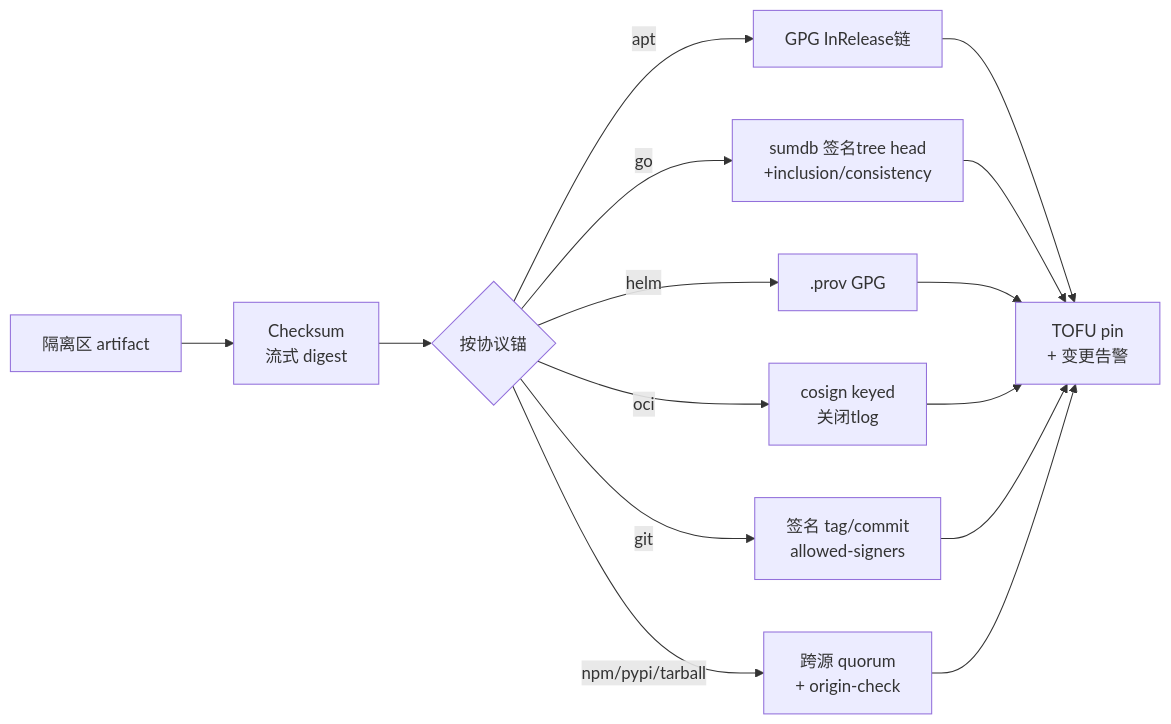
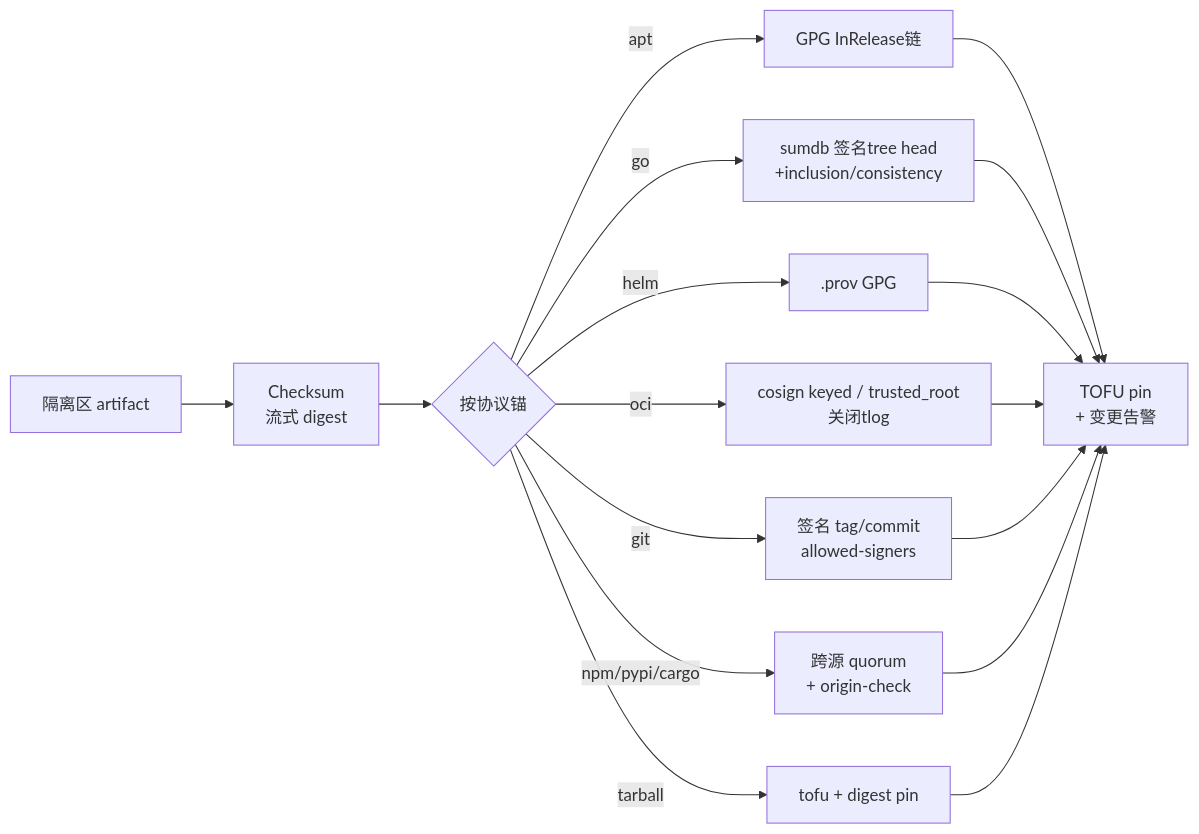
One commit to ivanzzeth/specula changed the fifth of 10 diagrams in docs/ARCHITECTURE.md. Above: the diagram before and after it, drawn with Mermaid. The commit also changed other lines of this file and 39 other files, not shown here.

First line of the commit message:
feat(v0.12): harden trust — Content-ID consensus, anti-rollback, SBOM, trusted_root

````diff
--- a/docs/ARCHITECTURE.md
+++ b/docs/ARCHITECTURE.md
@@ -248,12 +248,14 @@
 ```mermaid
 flowchart LR
     art[隔离区 artifact] --> cs[Checksum<br/>流式 digest]
     cs --> tier{按协议锚}
     tier -->|apt| gpg[GPG InRelease链]
     tier -->|go| sumdb[sumdb 签名tree head<br/>+inclusion/consistency]
     tier -->|helm| prov[.prov GPG]
-    tier -->|oci| cosign[cosign keyed<br/>关闭tlog]
+    tier -->|oci| cosign[cosign keyed / trusted_root<br/>关闭tlog]
     tier -->|git| signed[签名 tag/commit<br/>allowed-signers]
-    tier -->|npm/pypi/tarball| consensus[跨源 quorum<br/>+ origin-check]
+    tier -->|npm/pypi/cargo| consensus[跨源 quorum<br/>+ origin-check]
+    tier -->|tarball| tofuOnly[tofu + digest pin]
     gpg & sumdb & prov & cosign & signed & consensus --> tofu[TOFU pin<br/>+ 变更告警]
+    tofuOnly --> tofu
 ```
````
